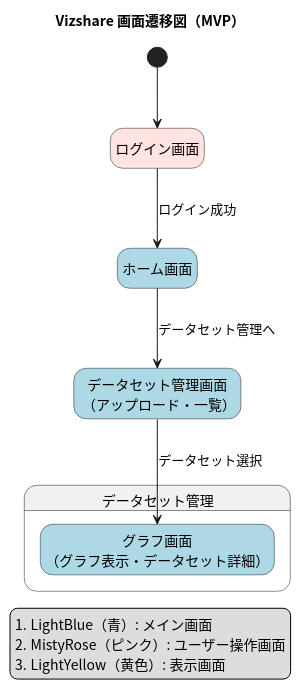
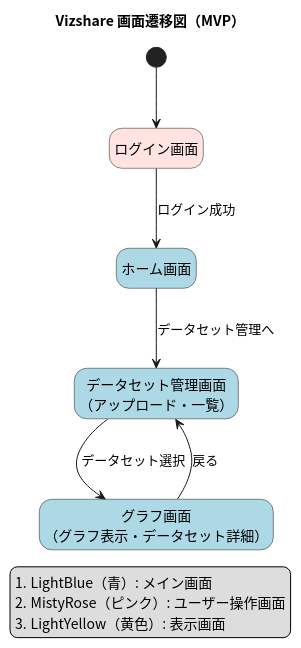
Before and after one commit to tomoki-shiozaki/vizshare: the diagram in docs/screen_flow/screen_flow_diagram.pu, drawn with PlantUML.

Commit message:
docs(screen flow): add screen flow diagram

```diff
--- a/docs/screen_flow/screen_flow_diagram.pu
+++ b/docs/screen_flow/screen_flow_diagram.pu
@@ -1,35 +1,36 @@
 @startuml screen_flow_vizshare
 skinparam defaultFontName "Noto Sans CJK JP"
 hide empty description
 
 title Vizshare 画面遷移図（MVP）
 
 legend left
 #LightBlue（青）: メイン画面
 #MistyRose（ピンク）: ユーザー操作画面
 #LightYellow（黄色）: 表示画面
 end legend
 
 [*] --> login
 
 state "ログイン画面" as login <<操作>>
 state "ホーム画面" as home #LightBlue
+state "データセット管理画面\n（アップロード・一覧）" as datasetManagement #LightBlue
+state "グラフ画面\n（グラフ表示・データセット詳細）" as graphView #LightBlue
 
 login --> home : ログイン成功
 
 ' ホームからの遷移
 home --> datasetManagement : データセット管理へ
 
-' データセット管理内部
-state "データセット管理" as dataset {
-    state "データセット管理画面\n （アップロード・一覧）" as datasetManagement #LightBlue
-    state "グラフ画面\n（グラフ表示・データセット詳細）" as graphView #LightBlue
-    datasetManagement --> graphView : データセット選択
-}
+' データセット管理から
+datasetManagement --> graphView : データセット選択
+
+' 戻る導線（あるなら）
+graphView --> datasetManagement : 戻る
 
 skinparam state {
   BackgroundColor<<操作>> MistyRose
   BackgroundColor<<表示>> LightYellow
 }
 
 @enduml
```
